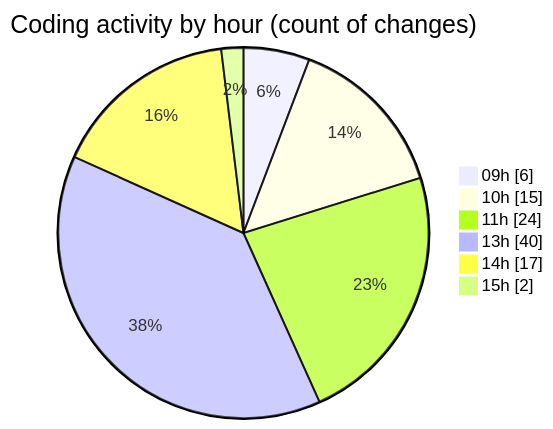
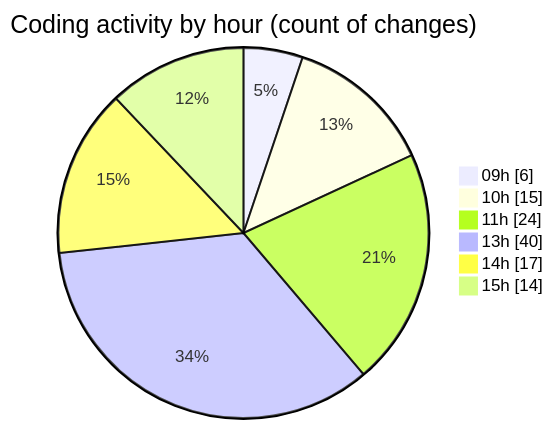
Before and after one commit to momahboobian/code-tracking: the second of 2 diagrams in 2026-04-20/cda/README.md, drawn with Mermaid. The commit also changed other lines of this file and 1 other file, not shown here.

````diff
--- a/2026-04-20/cda/README.md
+++ b/2026-04-20/cda/README.md
@@ -54,10 +54,10 @@
 ```mermaid
 pie showData
 title Coding activity by hour (count of changes)
 "09h" : 6
 "10h" : 15
 "11h" : 24
 "13h" : 40
 "14h" : 17
-"15h" : 2
+"15h" : 14
 ```
````
